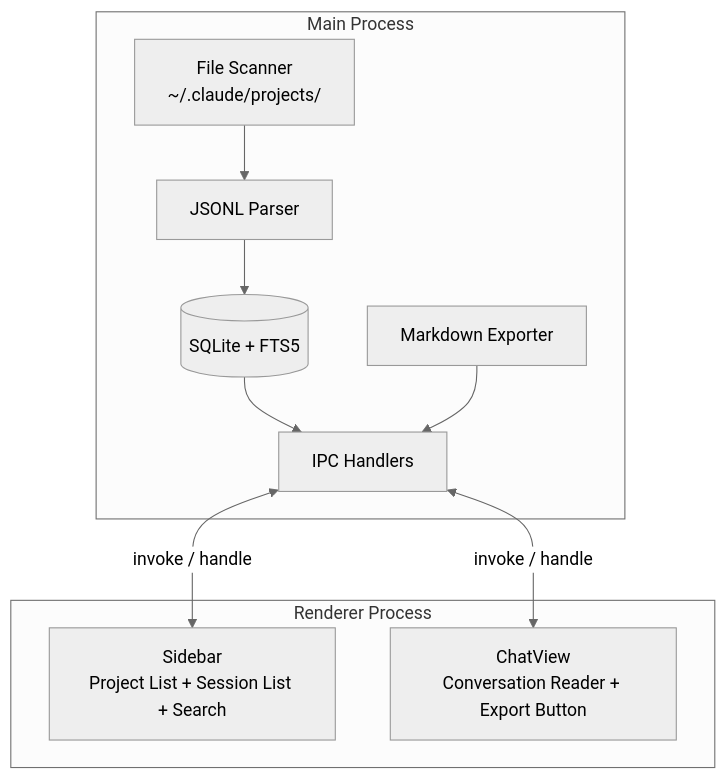
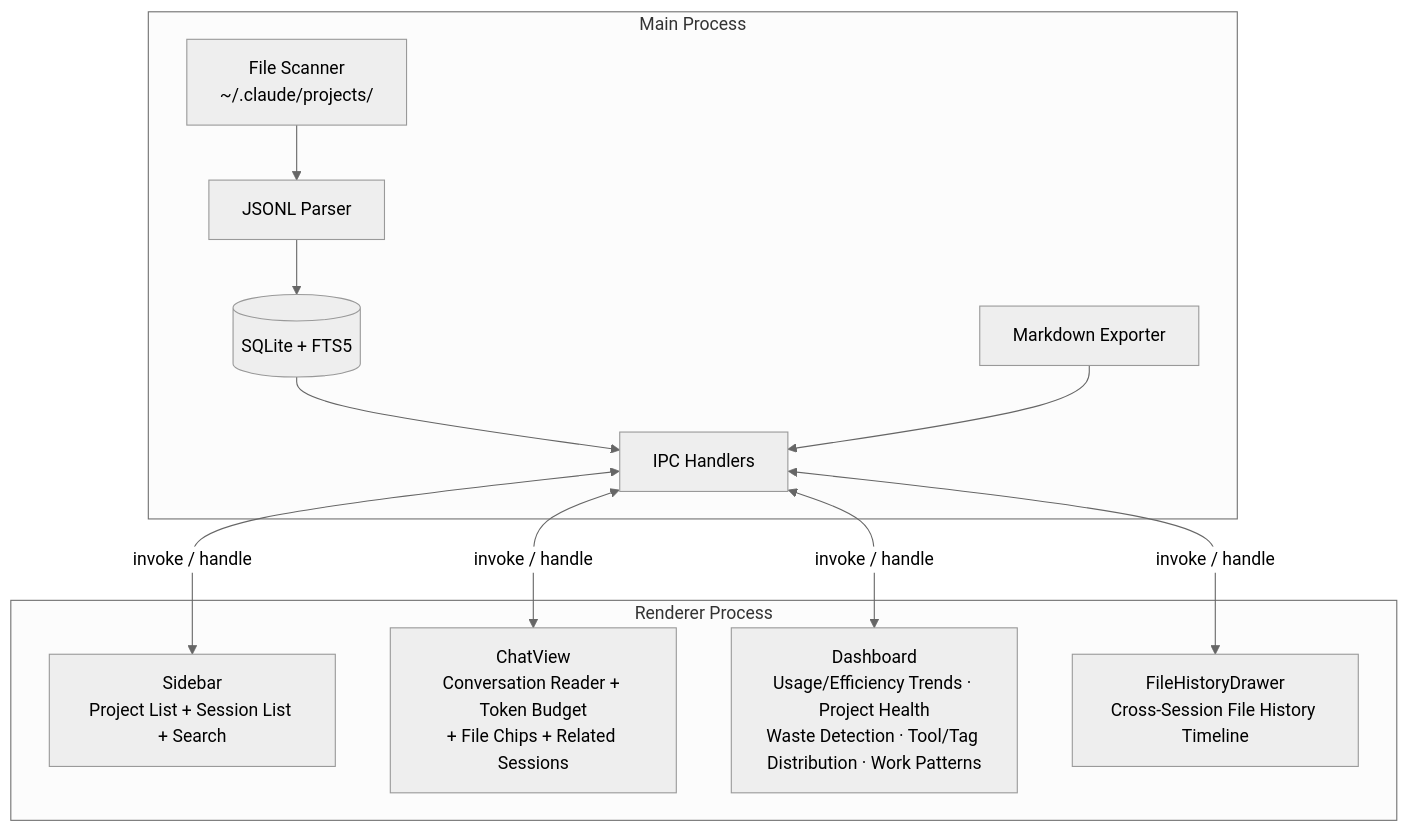
The diagram in README_EN.md (tznthou/ccRewind), drawn with Mermaid (neutral theme) before and after one commit. The commit also changed other lines of this file and 3 other files, not shown here.

````diff
--- a/README_EN.md
+++ b/README_EN.md
@@ -98,17 +101,21 @@
 ```mermaid
 graph TB
     subgraph Main Process
         FS[File Scanner<br>~/.claude/projects/] --> JP[JSONL Parser]
         JP --> DB[(SQLite + FTS5)]
         DB --> IPC[IPC Handlers]
         EX[Markdown Exporter] --> IPC
     end
 
     subgraph Renderer Process
         SB[Sidebar<br>Project List + Session List + Search]
-        CV[ChatView<br>Conversation Reader + Export Button]
+        CV[ChatView<br>Conversation Reader + Token Budget<br>+ File Chips + Related Sessions]
+        DB_UI[Dashboard<br>Usage/Efficiency Trends · Project Health<br>Waste Detection · Tool/Tag Distribution · Work Patterns]
+        FH[FileHistoryDrawer<br>Cross-Session File History Timeline]
     end
 
     IPC <-->|invoke / handle| SB
     IPC <-->|invoke / handle| CV
+    IPC <-->|invoke / handle| DB_UI
+    IPC <-->|invoke / handle| FH
 ```
````
